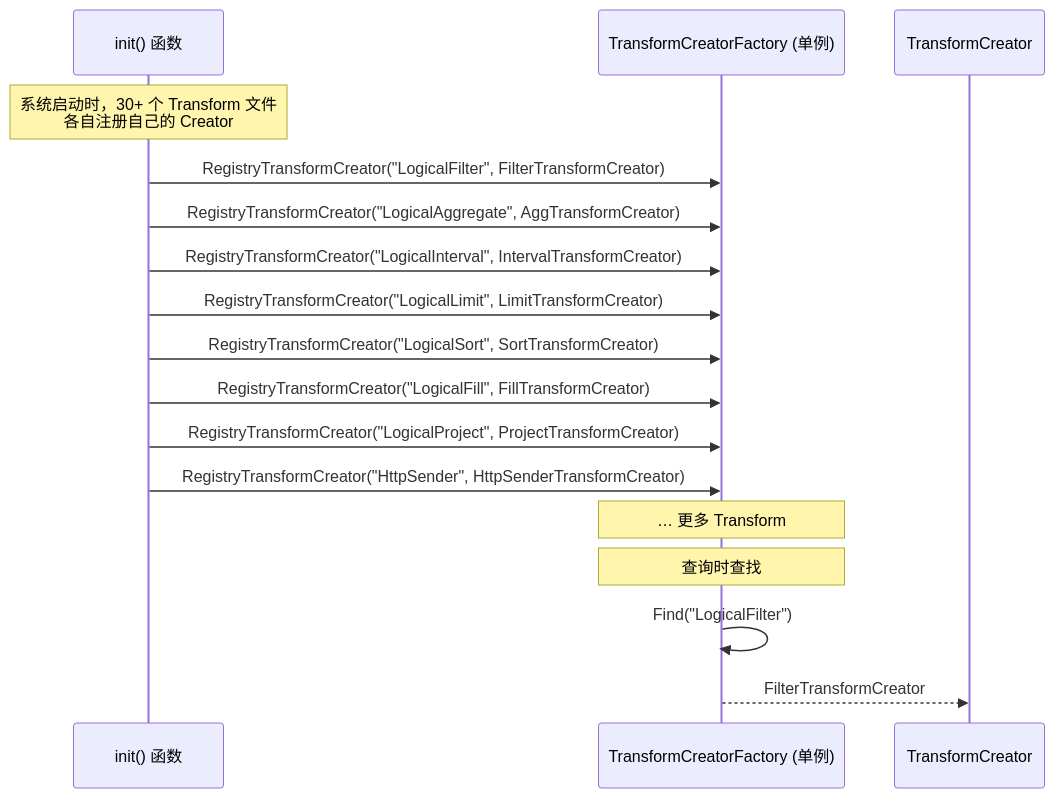
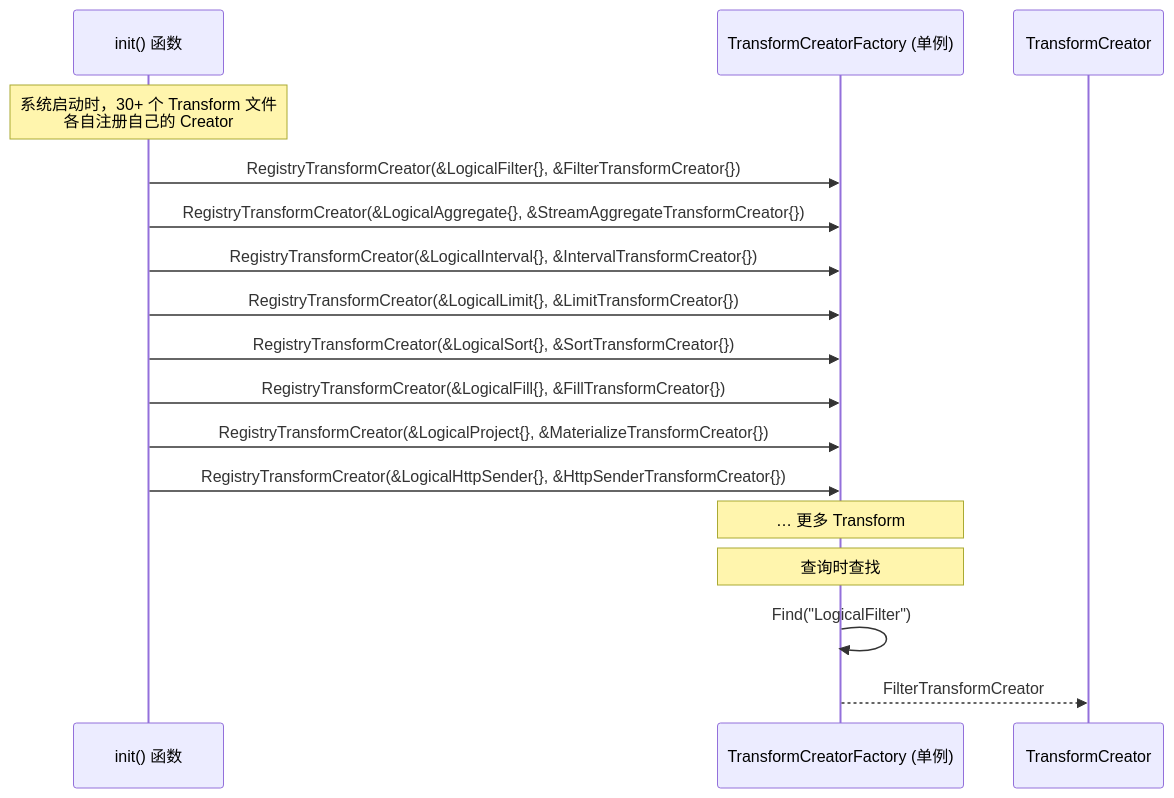
One commit to stefanv5/openGemini changed diagram 13 of 33 in docs/specs/03_query_engine_spec.md. Above: the diagram before and after it, drawn with Mermaid. The commit also changed other lines of this file and 37 other files, not shown here.

````diff
--- a/docs/specs/03_query_engine_spec.md
+++ b/docs/specs/03_query_engine_spec.md
@@ -1100,22 +1182,22 @@
 ```mermaid
 sequenceDiagram
     participant Init as init() 函数
     participant Factory as TransformCreatorFactory (单例)
     participant Creator as TransformCreator
 
     Note over Init: 系统启动时，30+ 个 Transform 文件<br/>各自注册自己的 Creator
 
-    Init->>Factory: RegistryTransformCreator("LogicalFilter", FilterTransformCreator)
-    Init->>Factory: RegistryTransformCreator("LogicalAggregate", AggTransformCreator)
-    Init->>Factory: RegistryTransformCreator("LogicalInterval", IntervalTransformCreator)
-    Init->>Factory: RegistryTransformCreator("LogicalLimit", LimitTransformCreator)
-    Init->>Factory: RegistryTransformCreator("LogicalSort", SortTransformCreator)
-    Init->>Factory: RegistryTransformCreator("LogicalFill", FillTransformCreator)
-    Init->>Factory: RegistryTransformCreator("LogicalProject", ProjectTransformCreator)
-    Init->>Factory: RegistryTransformCreator("HttpSender", HttpSenderTransformCreator)
+    Init->>Factory: RegistryTransformCreator(&LogicalFilter{}, &FilterTransformCreator{})
+    Init->>Factory: RegistryTransformCreator(&LogicalAggregate{}, &StreamAggregateTransformCreator{})
+    Init->>Factory: RegistryTransformCreator(&LogicalInterval{}, &IntervalTransformCreator{})
+    Init->>Factory: RegistryTransformCreator(&LogicalLimit{}, &LimitTransformCreator{})
+    Init->>Factory: RegistryTransformCreator(&LogicalSort{}, &SortTransformCreator{})
+    Init->>Factory: RegistryTransformCreator(&LogicalFill{}, &FillTransformCreator{})
+    Init->>Factory: RegistryTransformCreator(&LogicalProject{}, &MaterializeTransformCreator{})
+    Init->>Factory: RegistryTransformCreator(&LogicalHttpSender{}, &HttpSenderTransformCreator{})
     Note over Factory: … 更多 Transform
 
     Note over Factory: 查询时查找
     Factory->>Factory: Find("LogicalFilter")
     Factory-->>Creator: FilterTransformCreator
 ```
````
